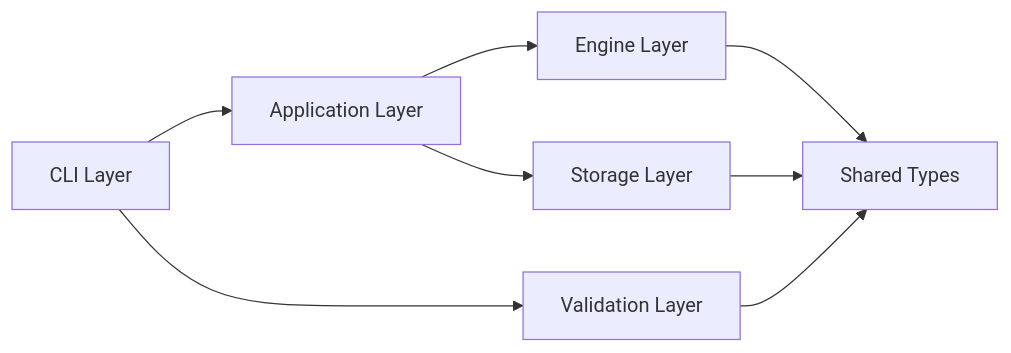
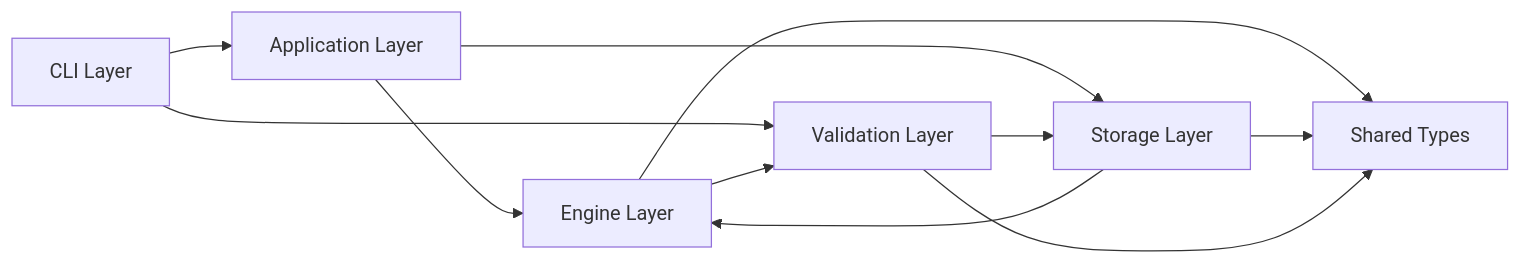
One commit to Kuldeep2822k/palee-architecture changed the sixth of 10 diagrams in Architecture Overview/Layered Architecture Design.md. Above: the diagram before and after it, drawn with Mermaid. The commit also changed other lines of this file and 6 other files, not shown here.

Commit message:
docs(overview): fix layering rule, flowchart edges and atomic-write order

````diff
--- a/Architecture Overview/Layered Architecture Design.md
+++ b/Architecture Overview/Layered Architecture Design.md
@@ -214,10 +211,13 @@
 ```mermaid
 graph LR
     CLI["CLI Layer"] --> APP["Application Layer"]
     APP --> ENG["Engine Layer"]
     APP --> STG["Storage Layer"]
     CLI --> VAL["Validation Layer"]
+    VAL --> STG
+    STG --> ENG
+    ENG --> VAL
     ENG --> TYPES["Shared Types"]
     STG --> TYPES
     VAL --> TYPES
 ```
````
